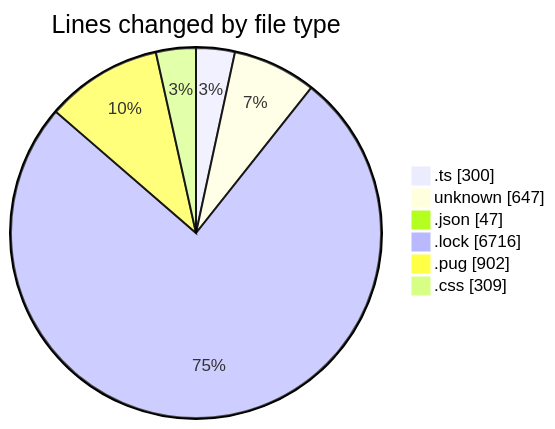
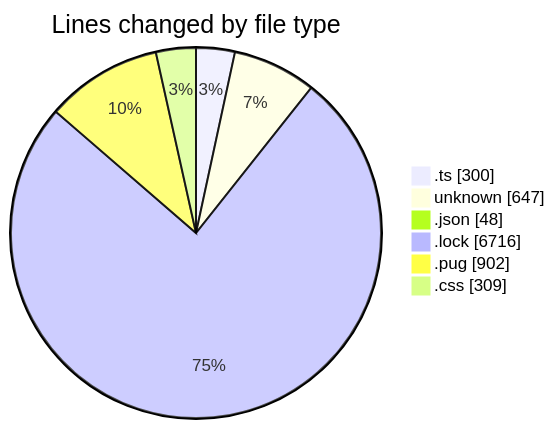
Before and after one commit to momahboobian/code-tracking: the first of 2 diagrams in 2026-05-22/cda/README.md, drawn with Mermaid. The commit also changed other lines of this file and 1 other file, not shown here.

````diff
--- a/2026-05-22/cda/README.md
+++ b/2026-05-22/cda/README.md
@@ -30,10 +30,10 @@
 ```mermaid
 pie showData
 title Lines changed by file type
 ".ts" : 300
 "unknown" : 647
-".json" : 47
+".json" : 48
 ".lock" : 6716
 ".pug" : 902
 ".css" : 309
 ```
````
